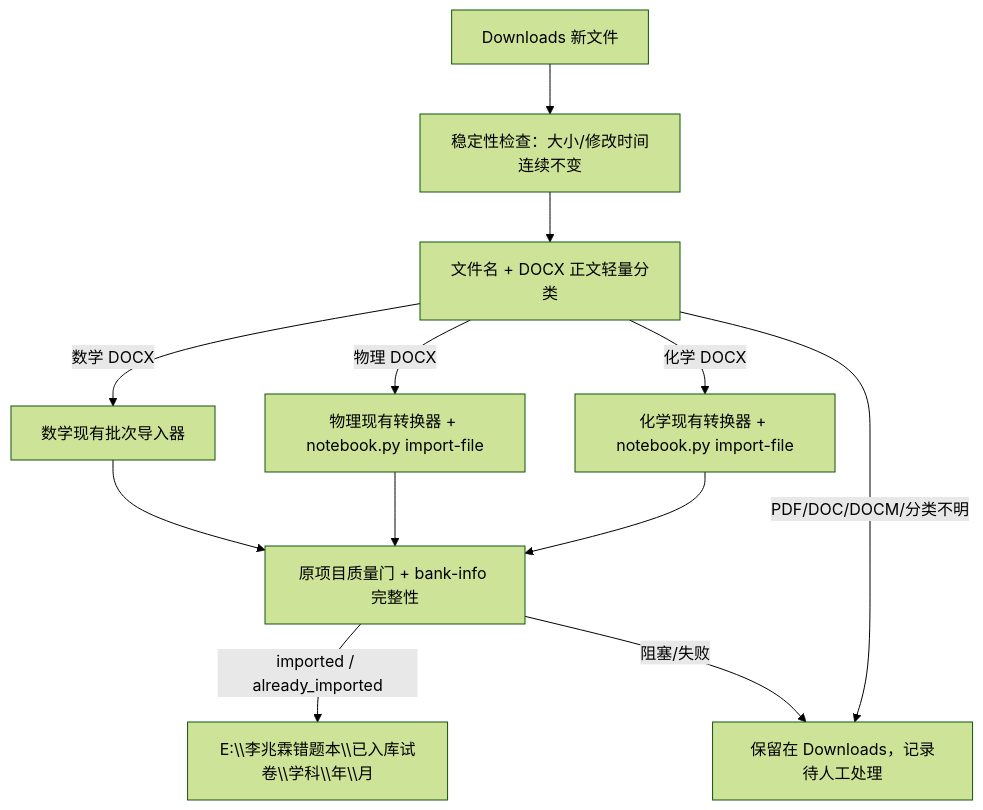
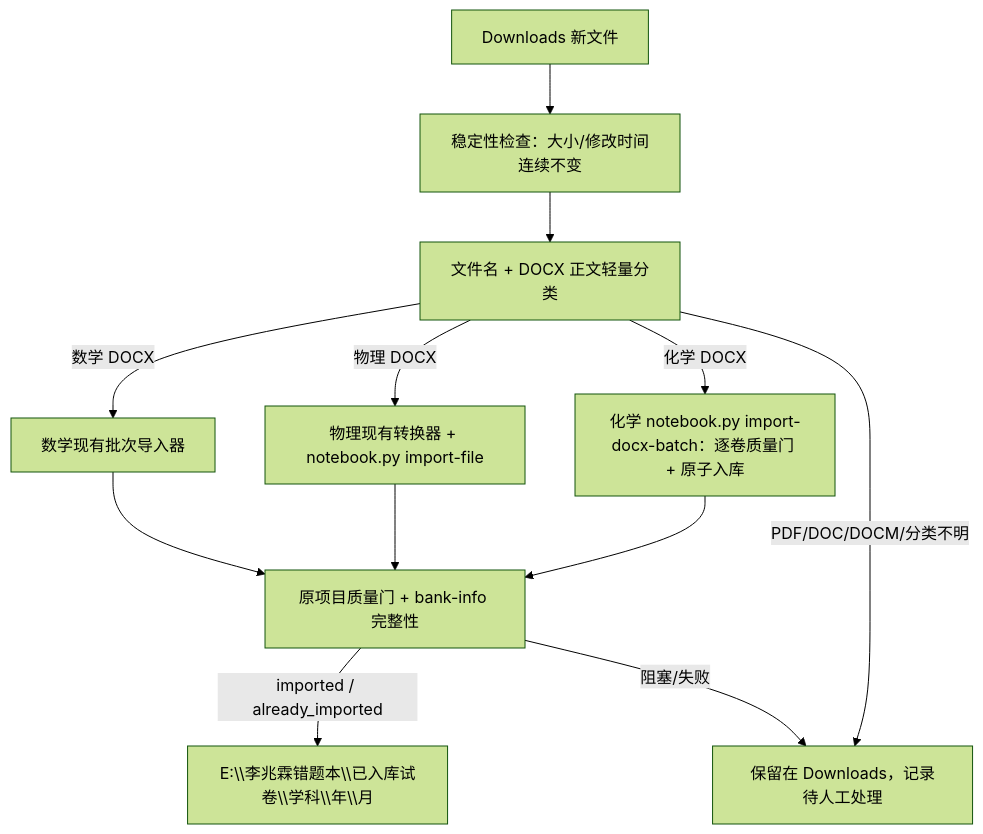
One commit to chjesu/lizhaolin-math-error-notebook changed the fifth of 6 diagrams in PROJECT_ARCHITECTURE.md. Above: the diagram before and after it, drawn with Mermaid (forest theme). The commit also changed other lines of this file and 3 other files, not shown here.

````diff
--- a/PROJECT_ARCHITECTURE.md
+++ b/PROJECT_ARCHITECTURE.md
@@ -114,14 +114,14 @@
 ```mermaid
 flowchart TD
     DL["Downloads 新文件"] --> ST["稳定性检查：大小/修改时间连续不变"]
     ST --> CL["文件名 + DOCX 正文轻量分类"]
     CL -->|"数学 DOCX"| MI["数学现有批次导入器"]
     CL -->|"物理 DOCX"| PI["物理现有转换器 + notebook.py import-file"]
-    CL -->|"化学 DOCX"| CI["化学现有转换器 + notebook.py import-file"]
+    CL -->|"化学 DOCX"| CI["化学 notebook.py import-docx-batch：逐卷质量门 + 原子入库"]
     CL -->|"PDF/DOC/DOCM/分类不明"| KEEP["保留在 Downloads，记录待人工处理"]
     MI --> QG["原项目质量门 + bank-info 完整性"]
     PI --> QG
     CI --> QG
     QG -->|"imported / already_imported"| E["E:\\李兆霖错题本\\已入库试卷\\学科\\年\\月"]
     QG -->|"阻塞/失败"| KEEP
 ```
````
